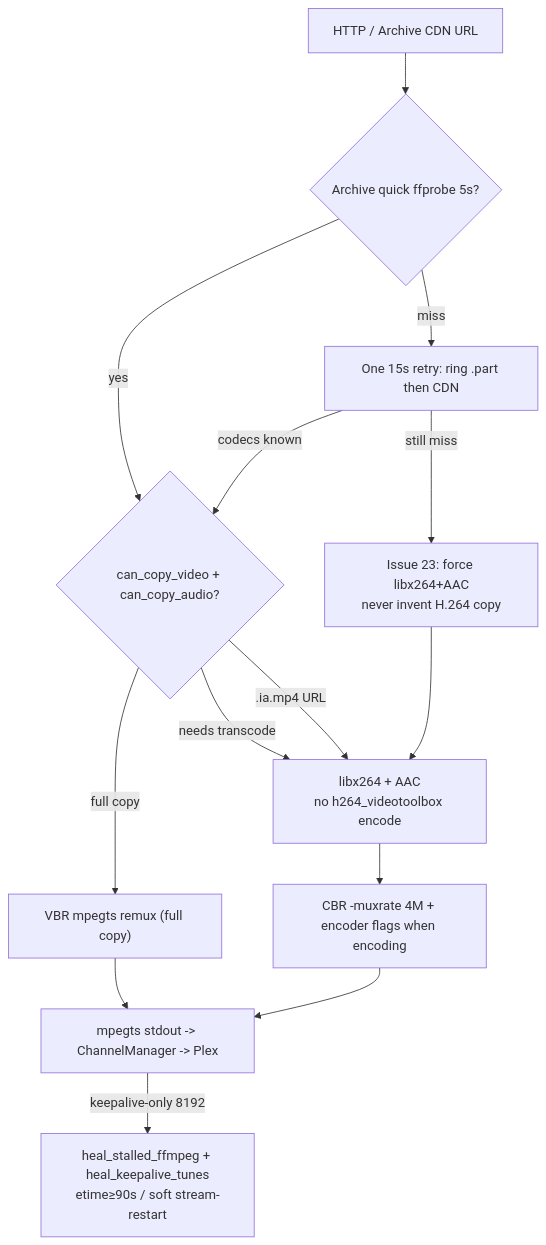
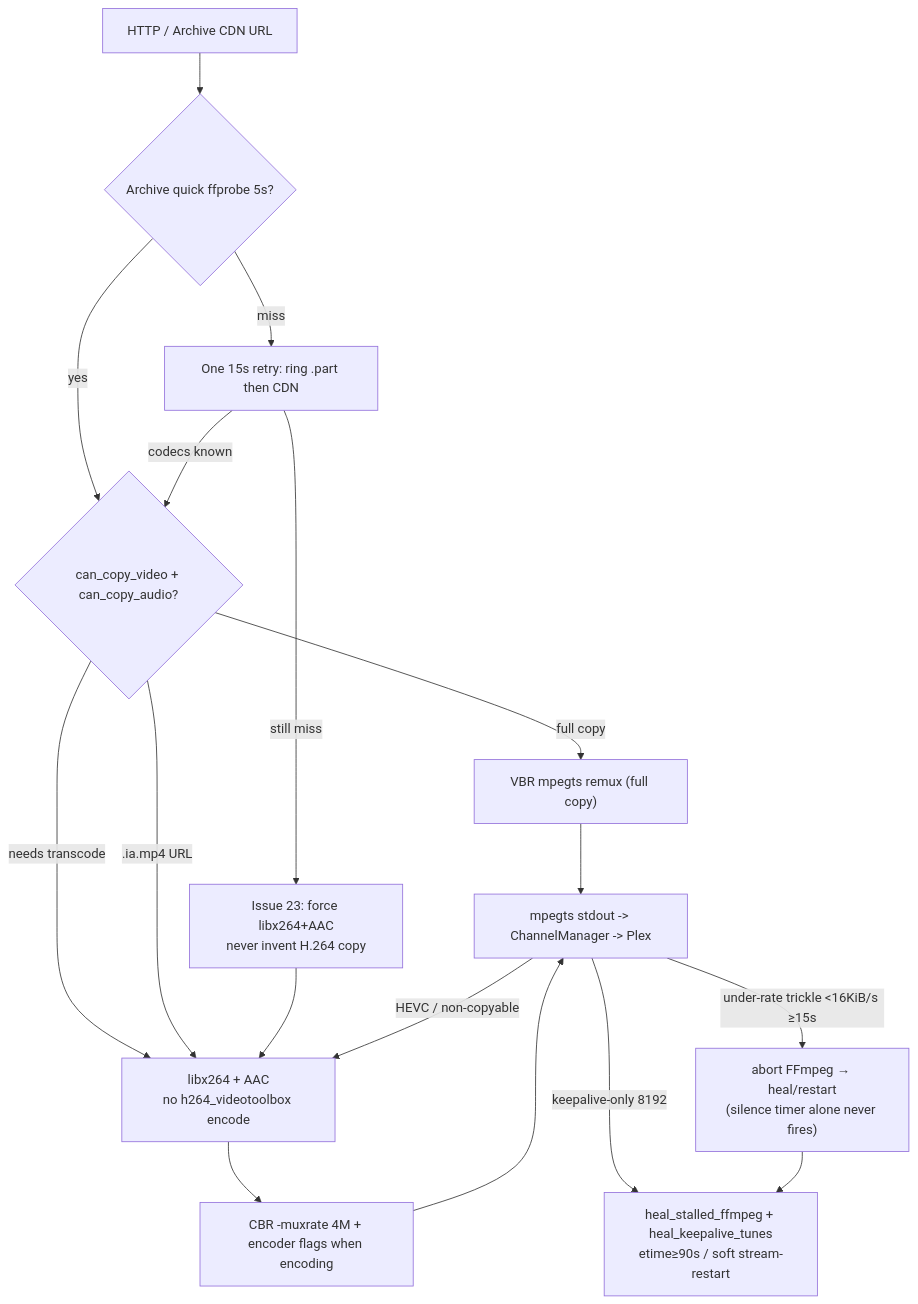
One commit to roto31/StreamTV changed the fifth of 10 diagrams in ARCHITECTURE.md. Above: the diagram before and after it, drawn with Mermaid. The commit also changed other lines of this file and 36 other files, not shown here.

````diff
--- a/ARCHITECTURE.md
+++ b/ARCHITECTURE.md
@@ -183,16 +183,19 @@
 ```mermaid
 flowchart TD
     IN["HTTP / Archive CDN URL"] --> Q5{"Archive quick ffprobe 5s?"}
     Q5 -->|yes| COPY{"can_copy_video + can_copy_audio?"}
     Q5 -->|miss| R15["One 15s retry: ring .part then CDN"]
     R15 -->|codecs known| COPY
     R15 -->|still miss| INF["Issue 23: force libx264+AAC<br/>never invent H.264 copy"]
     COPY -->|full copy| VBR2["VBR mpegts remux (full copy)"]
     COPY -->|needs transcode| XCODE["libx264 + AAC<br/>no h264_videotoolbox encode"]
     COPY -->|.ia.mp4 URL| XCODE
     INF --> XCODE
     VBR2 --> OUT["mpegts stdout -> ChannelManager -> Plex"]
     XCODE --> CBR["CBR -muxrate 4M + encoder flags when encoding"]
     CBR --> OUT
+    OUT -->|HEVC / non-copyable| XCODE
+    OUT -->|under-rate trickle <16KiB/s ≥15s| ABORT["abort FFmpeg → heal/restart<br/>(silence timer alone never fires)"]
     OUT -->|keepalive-only 8192| HEAL["heal_stalled_ffmpeg + heal_keepalive_tunes<br/>etime≥90s / soft stream-restart"]
+    ABORT --> HEAL
 ```
````
